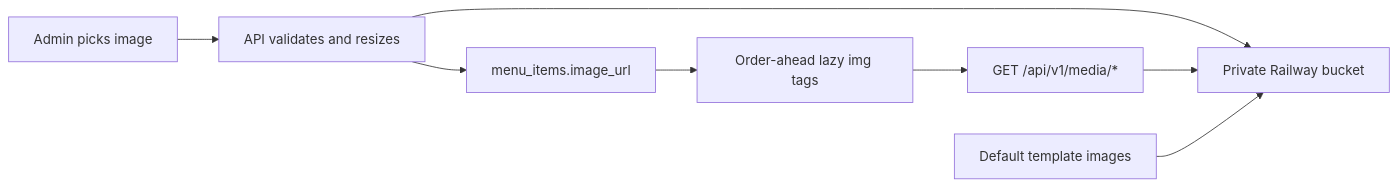
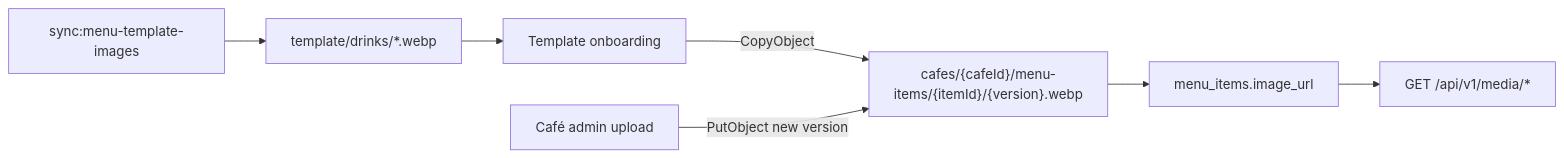
The diagram in docs/menu-images.md (SeanIntegrator/moonshot), drawn with Mermaid before and after one commit. The commit also changed other lines of this file and 18 other files, not shown here.

````diff
--- a/docs/menu-images.md
+++ b/docs/menu-images.md
@@ -7,10 +14,9 @@
 ```mermaid
 flowchart LR
-  AdminUpload["Admin picks image"] --> ApiUpload["API validates and resizes"]
-  ApiUpload --> RailwayBucket["Private Railway bucket"]
-  ApiUpload --> MenuItem["menu_items.image_url"]
-  MenuItem --> OrderAhead["Order-ahead lazy img tags"]
-  OrderAhead --> ApiMedia["GET /api/v1/media/*"]
-  ApiMedia --> RailwayBucket
-  TemplateSeed["Default template images"] --> RailwayBucket
+  Sync["sync:menu-template-images"] --> Templates["template/drinks/*.webp"]
+  Onboard["Template onboarding"] -->|"CopyObject"| CafeCopy["cafes/{cafeId}/menu-items/{itemId}/{version}.webp"]
+  Templates --> Onboard
+  CafeAdmin["Café admin upload"] -->|"PutObject new version"| CafeCopy
+  CafeCopy --> MenuItem["menu_items.image_url"]
+  MenuItem --> Media["GET /api/v1/media/*"]
 ```
````
